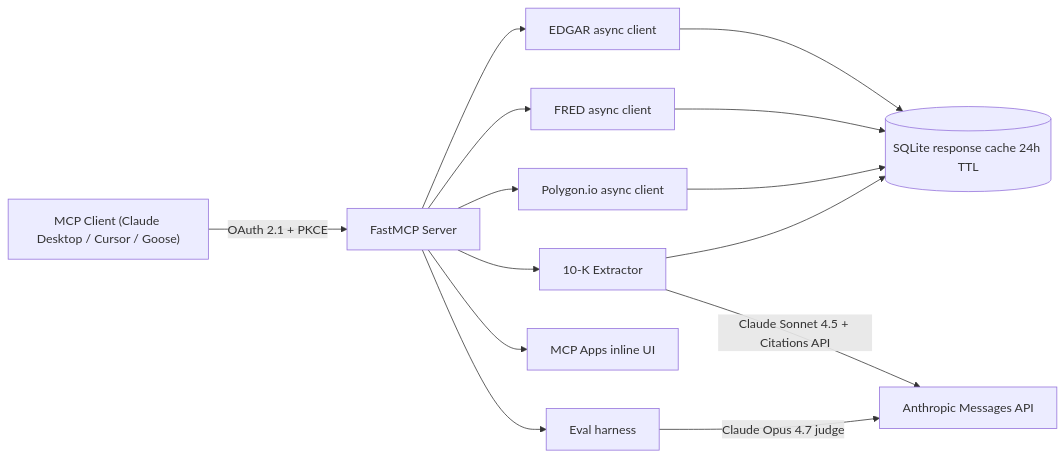
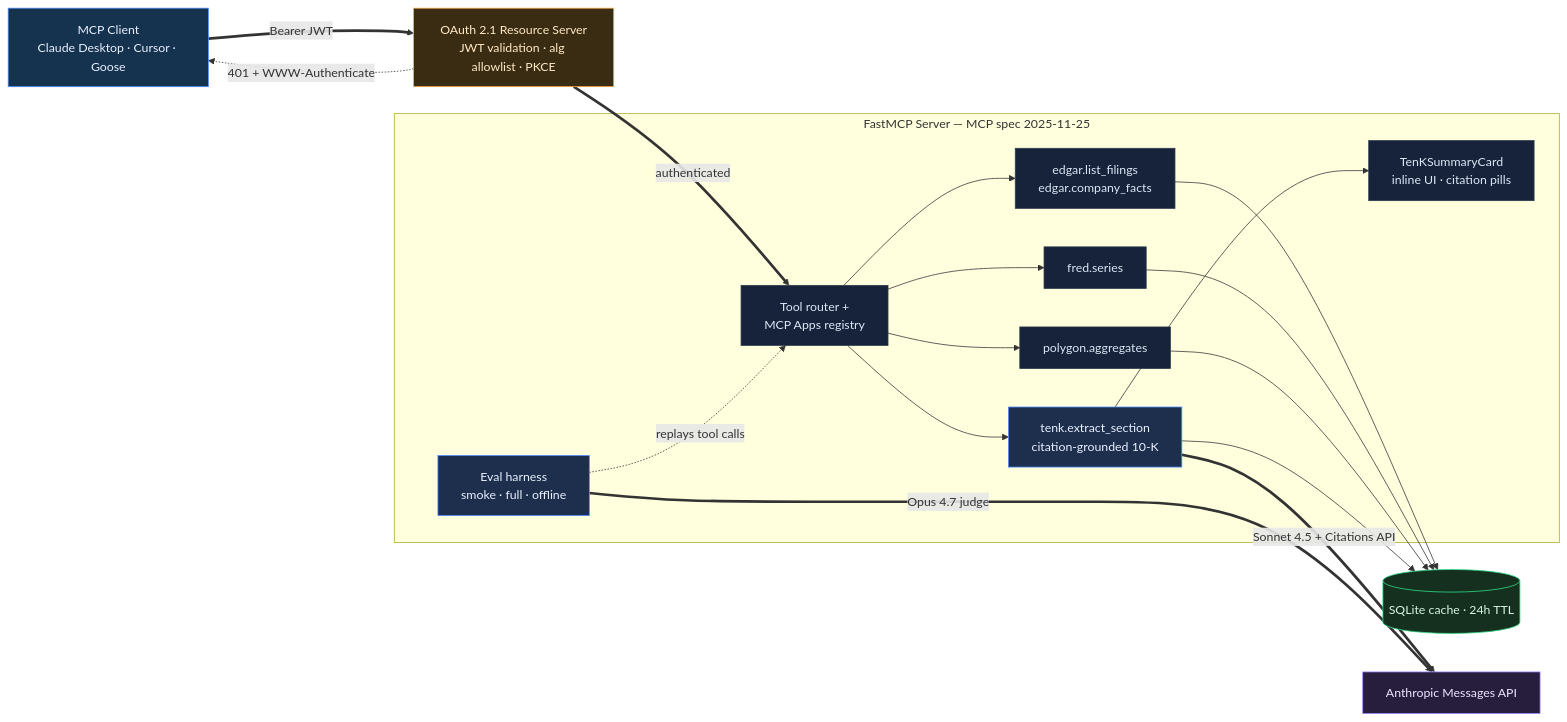
Before and after one commit to SebAustin/mcp-financial-data: the diagram in README.md, drawn with Mermaid. The commit also changed other lines of this file and 12 other files, not shown here.

````diff
--- a/README.md
+++ b/README.md
@@ -51,16 +57,48 @@
 ```mermaid
 flowchart LR
-    Client["MCP Client (Claude Desktop / Cursor / Goose)"] -->|"OAuth 2.1 + PKCE"| Server[FastMCP Server]
-    Server --> EDGAR[EDGAR async client]
-    Server --> FRED[FRED async client]
-    Server --> Polygon[Polygon.io async client]
-    Server --> Extractor["10-K Extractor"]
-    Server --> Apps["MCP Apps inline UI"]
-    Server --> Evals["Eval harness"]
-    Extractor -->|"Claude Sonnet 4.5 + Citations API"| Anthropic[Anthropic Messages API]
-    Evals -->|"Claude Opus 4.7 judge"| Anthropic
-    EDGAR --> Cache[(SQLite response cache 24h TTL)]
+    C["MCP Client<br/>Claude Desktop · Cursor · Goose"]
+    OAuth["OAuth 2.1 Resource Server<br/>JWT validation · alg allowlist · PKCE"]
+
+    subgraph core["FastMCP Server — MCP spec 2025-11-25"]
+        Router["Tool router +<br/>MCP Apps registry"]
+        EDGAR["edgar.list_filings<br/>edgar.company_facts"]
+        FRED["fred.series"]
+        Polygon["polygon.aggregates"]
+        Extractor["tenk.extract_section<br/>citation-grounded 10-K"]
+        UI["TenKSummaryCard<br/>inline UI · citation pills"]
+        Evals["Eval harness<br/>smoke · full · offline"]
+    end
+
+    Cache[("SQLite cache · 24h TTL")]
+    Anthropic["Anthropic Messages API"]
+
+    C ==>|"Bearer JWT"| OAuth
+    OAuth -.->|"401 + WWW-Authenticate"| C
+    OAuth ==>|"authenticated"| Router
+    Router --> EDGAR
+    Router --> FRED
+    Router --> Polygon
+    Router --> Extractor
+    Extractor --> UI
+    Extractor ==>|"Sonnet 4.5 + Citations API"| Anthropic
+    Evals ==>|"Opus 4.7 judge"| Anthropic
+    Evals -.->|"replays tool calls"| Router
+    EDGAR --> Cache
     FRED --> Cache
     Polygon --> Cache
     Extractor --> Cache
+
+    classDef client fill:#15324f,stroke:#4f8cff,color:#eaf1ff
+    classDef gate fill:#3a2c12,stroke:#ffb347,color:#ffe9c7
+    classDef tool fill:#16233a,stroke:#2d3a4f,color:#dce6f5
+    classDef key fill:#1d2f4d,stroke:#4f8cff,color:#eaf1ff
+    classDef store fill:#16301f,stroke:#2ee08a,color:#d6f5e3
+    classDef ext fill:#271d3d,stroke:#9b86ff,color:#ece6ff
+
+    class C client
+    class OAuth gate
+    class Router,EDGAR,FRED,Polygon,UI tool
+    class Extractor,Evals key
+    class Cache store
+    class Anthropic ext
 ```
````
